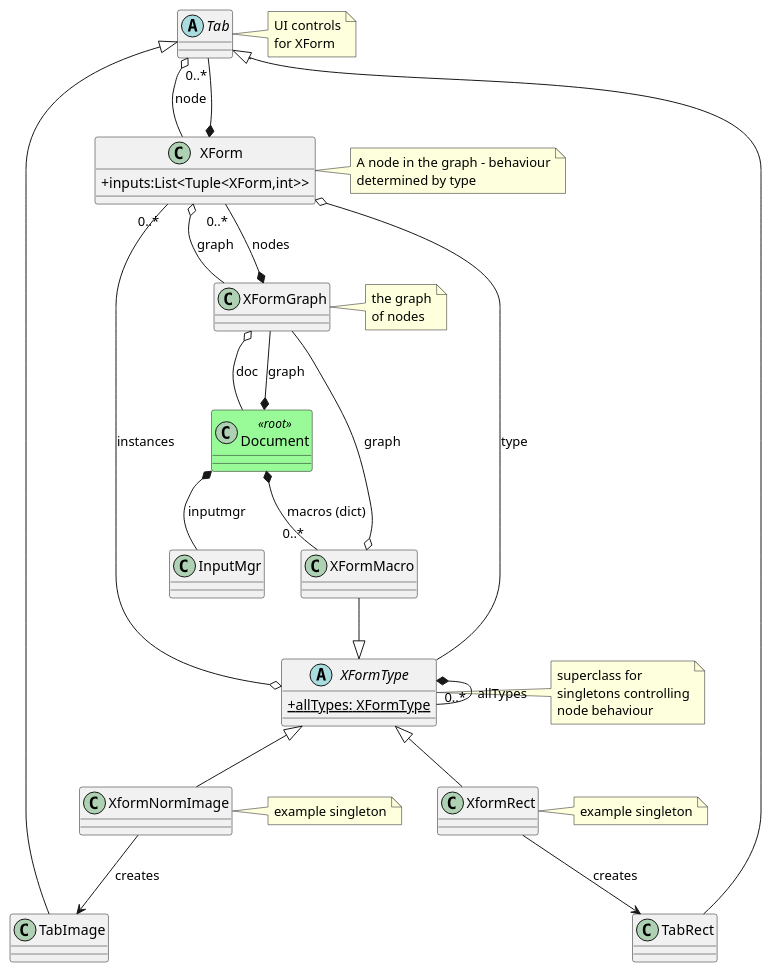
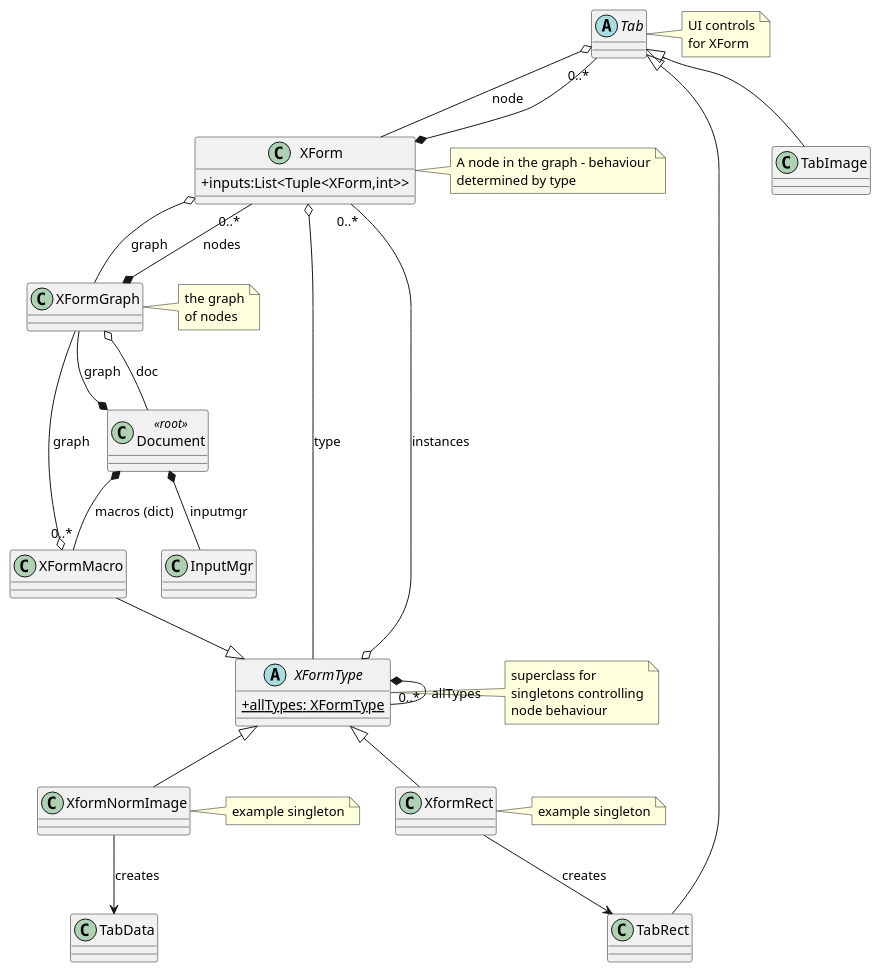
The diagram in docs/xform.plantuml (AU-ExoMars/PCOT), drawn with PlantUML before and after one commit. The commit also changed 11 other files, not shown here.

Commit message:
TabImage renamed to TabData; docs updated.

```diff
--- a/docs/xform.plantuml
+++ b/docs/xform.plantuml
@@ -1,78 +1,75 @@
 @startuml
 skinparam classAttributeIconSize 0
-skinparam class {
-    BackgroundColor<<root>> PaleGreen
-}
 
 class Document<<root>>
 
 Document *-- XFormGraph : graph
 Document *-- "0..*" XFormMacro : macros (dict)
 Document *-- InputMgr : inputmgr
 
 XFormMacro --|> XFormType
 XFormMacro o-- XFormGraph : graph
 XFormGraph o-- Document : doc
 
 
 class XForm {
     +inputs:List<Tuple<XForm,int>>
 }
 note right of XForm
 A node in the graph - behaviour
 determined by type
 end note
 
 abstract class XFormType {
     +{static} allTypes: XFormType
 }
 note right of XFormType
 superclass for
 singletons controlling
 node behaviour
 end note
 
 XFormType *-- "0..*" XFormType : allTypes
 
 XFormGraph *-- "0..*" XForm : nodes
 
 XFormType o-- "0..*" XForm : instances
 
 XForm o-- XFormType : type 
 XForm o-- XFormGraph : graph
 
 note right of XFormGraph
 the graph
 of nodes
 end note
 
 XformNormImage -up-|> XFormType
 XformRect -up-|> XFormType
 
 note right of XformNormImage
 example singleton
 end note
 note right of XformRect
 example singleton
 end note
 
 XformRect --> TabRect: creates
-XformNormImage --> TabImage: creates
+XformNormImage --> TabData: creates
 
 abstract class Tab {
 }
 
 TabImage -up-|> Tab
 TabRect -up-|> Tab
 
 
 Tab o-- XForm:node
 note right of Tab
 UI controls
 for XForm
 end note
 
 XForm *-- "0..*" Tab
 
 
 @enduml
```
